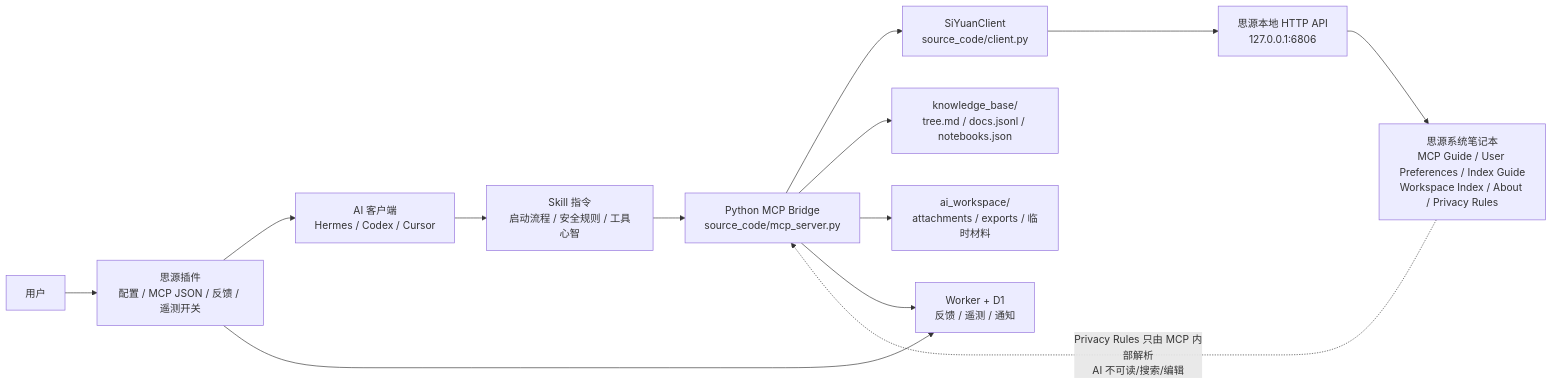
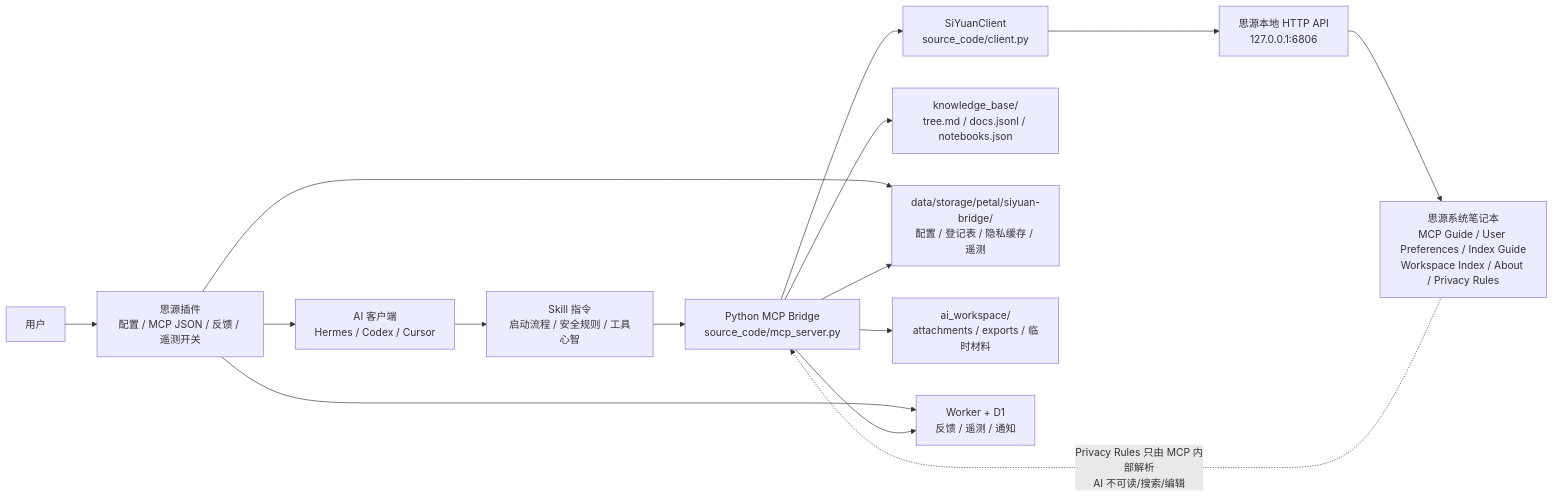
One commit to alone-tree/siyuan-bridge changed the diagram in docs/ARCHITECTURE.md. Above: the diagram before and after it, drawn with Mermaid. The commit also changed other lines of this file and 26 other files, not shown here.

First line of the commit message:
release: v1.8.4 — persist runtime data in plugin storage

````diff
--- a/docs/ARCHITECTURE.md
+++ b/docs/ARCHITECTURE.md
@@ -10,28 +10,31 @@
 ```mermaid
 flowchart LR
   User["用户"]
   Plugin["思源插件\n配置 / MCP JSON / 反馈 / 遥测开关"]
   AI["AI 客户端\nHermes / Codex / Cursor"]
   Skill["Skill 指令\n启动流程 / 安全规则 / 工具心智"]
   MCP["Python MCP Bridge\nsource_code/mcp_server.py"]
   Client["SiYuanClient\nsource_code/client.py"]
   SiYuan["思源本地 HTTP API\n127.0.0.1:6806"]
   SystemNotebook["思源系统笔记本\nMCP Guide / User Preferences / Index Guide\nWorkspace Index / About / Privacy Rules"]
   KB["knowledge_base/\ntree.md / docs.jsonl / notebooks.json"]
+  Petal["data/storage/petal/siyuan-bridge/\n配置 / 登记表 / 隐私缓存 / 遥测"]
   Workspace["ai_workspace/\nattachments / exports / 临时材料"]
   Worker["Worker + D1\n反馈 / 遥测 / 通知"]
 
   User --> Plugin
   Plugin --> AI
   Plugin --> Worker
   AI --> Skill
   Skill --> MCP
   MCP --> Client
   Client --> SiYuan
   SiYuan --> SystemNotebook
+  Plugin --> Petal
+  MCP --> Petal
   MCP --> KB
   MCP --> Workspace
   MCP --> Worker
 
   SystemNotebook -. "Privacy Rules 只由 MCP 内部解析\nAI 不可读/搜索/编辑" .-> MCP
 ```
````
